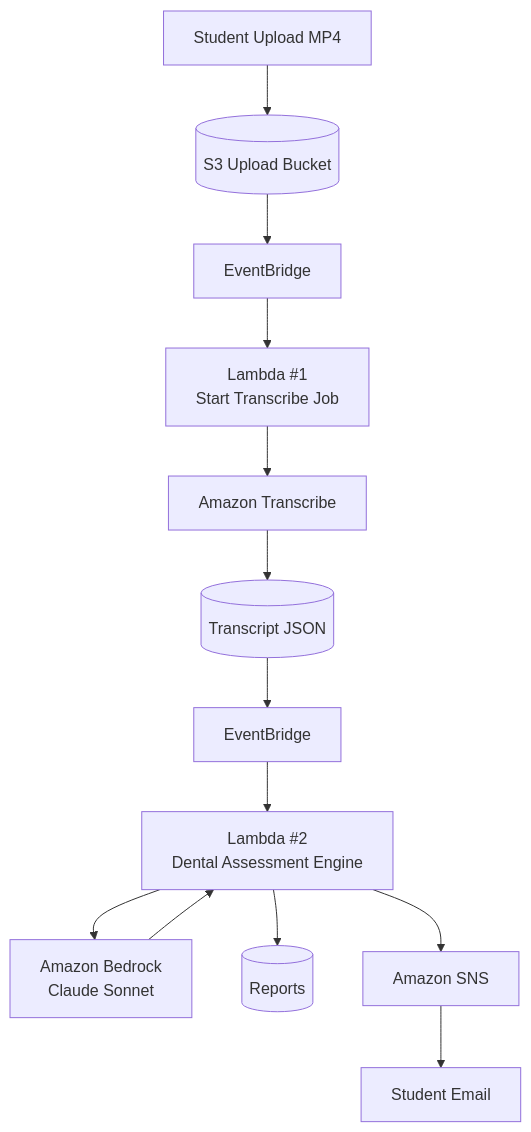
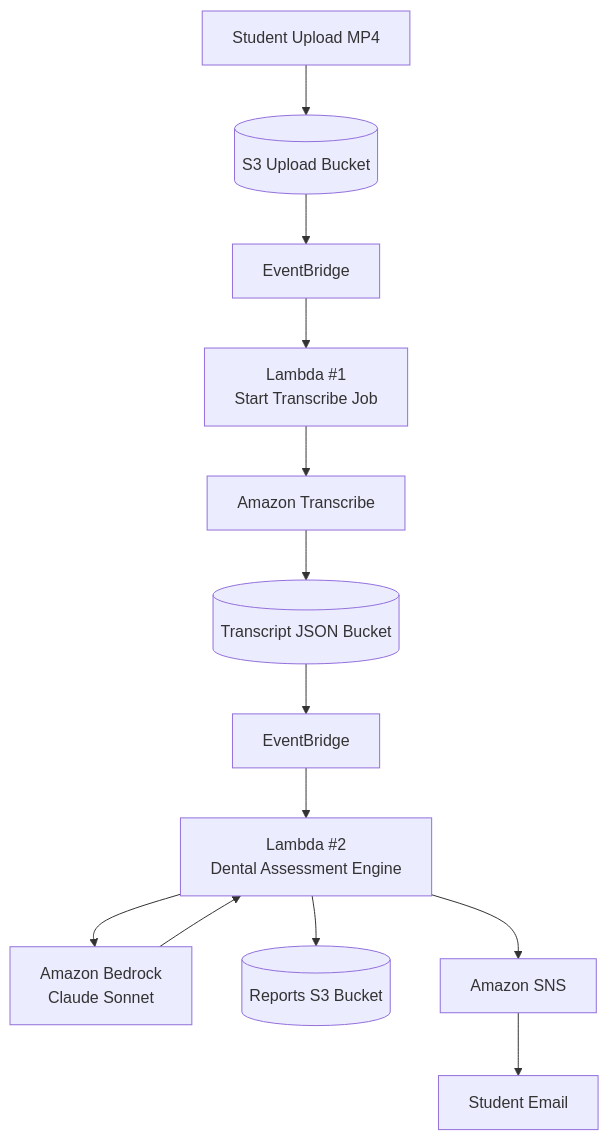
Before and after one commit to pratap-rajan/dental-ai-tutor: the first of 4 diagrams in README.md, drawn with Mermaid.

Commit message:
Clarify bucket names in README

````diff
--- a/README.md
+++ b/README.md
@@ -71,51 +71,51 @@
 ```mermaid
 flowchart TB
 
 Student[Student Upload MP4]
 
 UploadBucket[(S3 Upload Bucket)]
 
 EB1[EventBridge]
 
 TranscribeLambda[Lambda #1<br/>Start Transcribe Job]
 
 Transcribe[Amazon Transcribe]
 
-TranscriptBucket[(Transcript JSON)]
+TranscriptBucket[(Transcript JSON Bucket)]
 
 EB2[EventBridge]
 
 AssessmentLambda[Lambda #2<br/>Dental Assessment Engine]
 
 Bedrock[Amazon Bedrock<br/>Claude Sonnet]
 
-ReportBucket[(Reports)]
+ReportBucket[(Reports S3 Bucket)]
 
 SNS[Amazon SNS]
 
 Email[Student Email]
 
 Student --> UploadBucket
 
 UploadBucket --> EB1
 
 EB1 --> TranscribeLambda
 
 TranscribeLambda --> Transcribe
 
 Transcribe --> TranscriptBucket
 
 TranscriptBucket --> EB2
 
 EB2 --> AssessmentLambda
 
 AssessmentLambda --> Bedrock
 
 Bedrock --> AssessmentLambda
 
 AssessmentLambda --> ReportBucket
 
 AssessmentLambda --> SNS
 
 SNS --> Email
 ```
````
